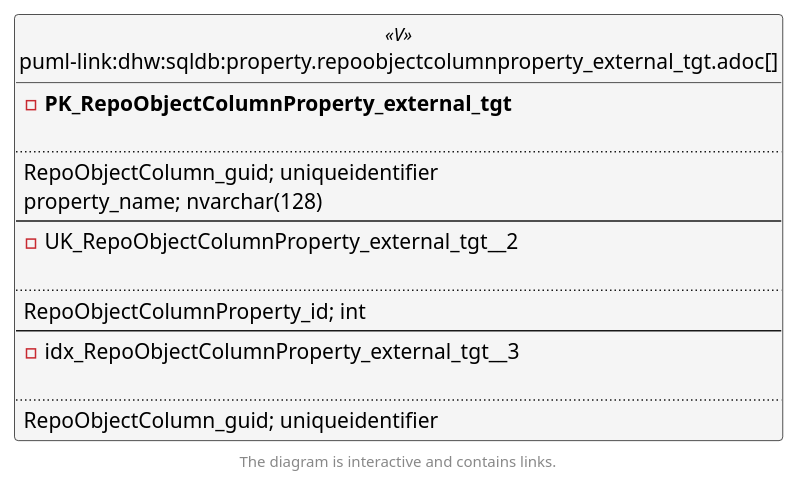
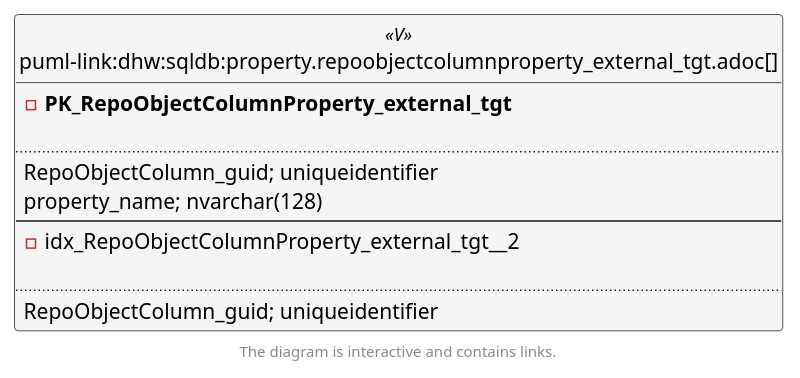
The second of 6 diagrams in docs/modules/sqldb/partials/content/property.repoobjectcolumnproperty_external_tgt.adoc (DataHandwerk/dhw-antora-sqldb), drawn with PlantUML before and after one commit. The commit also changed other lines of this file and 751 other files, not shown here.

```diff
--- a/docs/modules/sqldb/partials/content/property.repoobjectcolumnproperty_external_tgt.adoc
+++ b/docs/modules/sqldb/partials/content/property.repoobjectcolumnproperty_external_tgt.adoc
@@ -651,54 +639,49 @@
 [plantuml, entity_1_1_fk-{docname}, svg, subs=macros]
 ....
 @startuml
 left to right direction
 'top to bottom direction
 hide circle
 'avoide "." issues:
 set namespaceSeparator none
 
 
 skinparam class {
   BackgroundColor White
   BackgroundColor<<FN>> Yellow
   BackgroundColor<<FS>> Yellow
   BackgroundColor<<FT>> LightGray
   BackgroundColor<<IF>> Yellow
   BackgroundColor<<IS>> Yellow
   BackgroundColor<<P>>  Aqua
   BackgroundColor<<PC>> Aqua
   BackgroundColor<<SN>> Yellow
   BackgroundColor<<SO>> SlateBlue
   BackgroundColor<<TF>> LightGray
   BackgroundColor<<TR>> Tomato
   BackgroundColor<<U>>  White
   BackgroundColor<<V>>  WhiteSmoke
   BackgroundColor<<X>>  Aqua
   BackgroundColor<<external>> AliceBlue
 }
 
 
 entity "puml-link:dhw:sqldb:property.repoobjectcolumnproperty_external_tgt.adoc[]" as property.RepoObjectColumnProperty_external_tgt << V >> {
 - **PK_RepoObjectColumnProperty_external_tgt**
 
 ..
 RepoObjectColumn_guid; uniqueidentifier
 property_name; nvarchar(128)
 --
-- UK_RepoObjectColumnProperty_external_tgt__2
-
-..
-RepoObjectColumnProperty_id; int
---
-- idx_RepoObjectColumnProperty_external_tgt__3
+- idx_RepoObjectColumnProperty_external_tgt__2
 
 ..
 RepoObjectColumn_guid; uniqueidentifier
 }
 
 
 
 footer The diagram is interactive and contains links.
 
 @enduml
 ....
```
